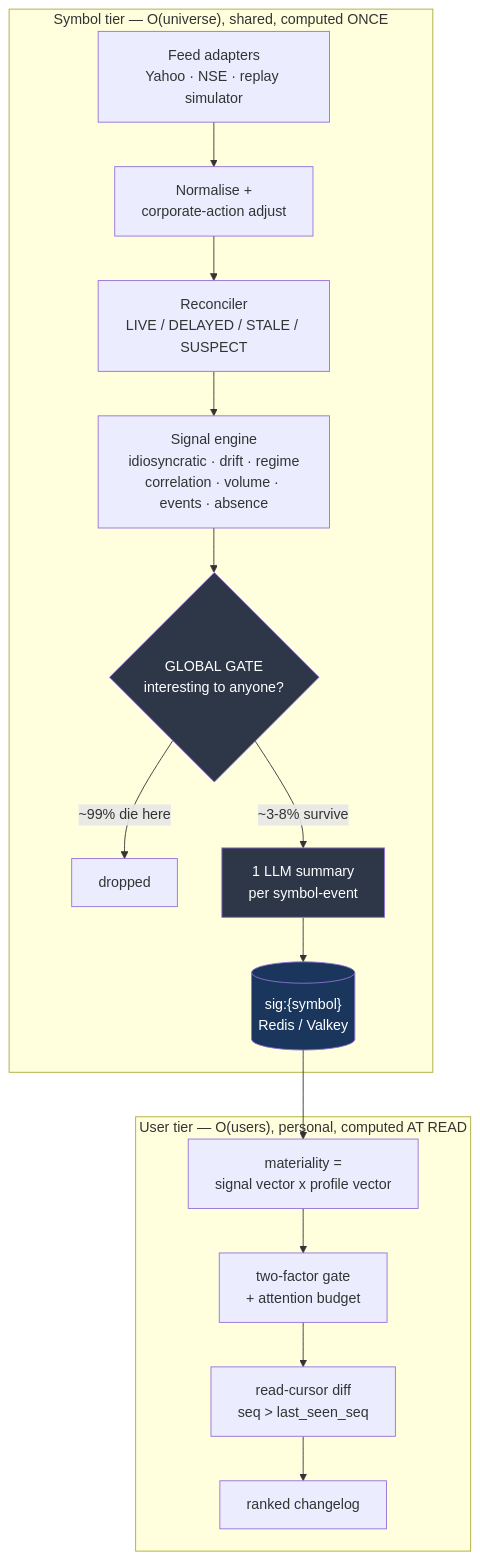
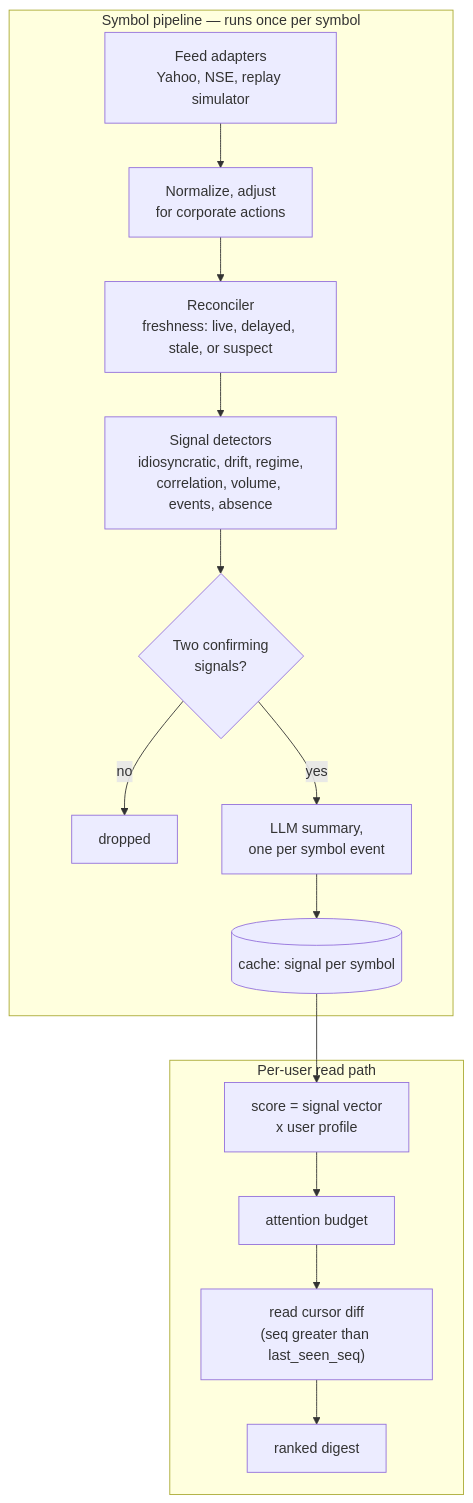
Before and after one commit to aditirajesh01/groww_aditi: the diagram in README.md, drawn with Mermaid. The commit also changed other lines of this file and 3 other files, not shown here.

First line of the commit message:
Rewrite README in plain technical prose, fix architecture diagram

````diff
--- a/README.md
+++ b/README.md
@@ -76,23 +71,19 @@
 ```mermaid
 flowchart TB
-    subgraph SYM["Symbol tier — O(universe), shared, computed ONCE"]
-        A["Feed adapters<br/>Yahoo · NSE · replay simulator"] --> B["Normalise +<br/>corporate-action adjust"]
-        B --> C["Reconciler<br/>LIVE / DELAYED / STALE / SUSPECT"]
-        C --> D["Signal engine<br/>idiosyncratic · drift · regime<br/>correlation · volume · events · absence"]
-        D --> E{"GLOBAL GATE<br/>interesting to anyone?"}
-        E -->|"~99% die here"| X["dropped"]
-        E -->|"~3-8% survive"| F["1 LLM summary<br/>per symbol-event"]
-        F --> G[("sig:{symbol}<br/>Redis / Valkey")]
+    subgraph SYM["Symbol pipeline — runs once per symbol"]
+        A["Feed adapters<br/>Yahoo, NSE, replay simulator"] --> B["Normalize, adjust<br/>for corporate actions"]
+        B --> C["Reconciler<br/>freshness: live, delayed, stale, or suspect"]
+        C --> D["Signal detectors<br/>idiosyncratic, drift, regime,<br/>correlation, volume, events, absence"]
+        D --> E{"Two confirming<br/>signals?"}
+        E -->|"no"| X["dropped"]
+        E -->|"yes"| F["LLM summary,<br/>one per symbol event"]
+        F --> G[("cache: signal per symbol")]
     end
 
-    subgraph USR["User tier — O(users), personal, computed AT READ"]
-        G --> H["materiality =<br/>signal vector x profile vector"]
-        H --> I["two-factor gate<br/>+ attention budget"]
-        I --> J["read-cursor diff<br/>seq > last_seen_seq"]
-        J --> K["ranked changelog"]
+    subgraph USR["Per-user read path"]
+        G --> H["score = signal vector<br/>x user profile"]
+        H --> I["attention budget"]
+        I --> J["read cursor diff<br/>(seq greater than last_seen_seq)"]
+        J --> K["ranked digest"]
     end
-
-    style E fill:#2d3748,color:#fff
-    style F fill:#2d3748,color:#fff
-    style G fill:#1a365d,color:#fff
 ```
````
